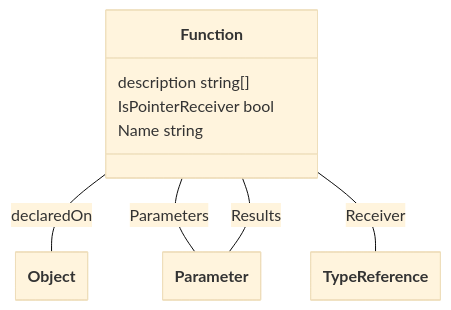
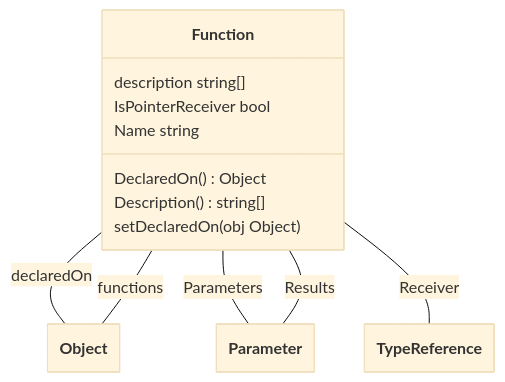
Before and after one commit to theunrepentantgeek/crddoc: the third of 17 diagrams in docs/model/model.md, drawn with Mermaid (base theme). The commit also changed other lines of this file and 8 other files, not shown here.

````diff
--- a/docs/model/model.md
+++ b/docs/model/model.md
@@ -102,28 +144,33 @@
 ```mermaid
 ---
   config:
     class:
       hideEmptyMembersBox: true
 ---
 classDiagram
 
 class Function["Function"]{  
       description string[]  
       IsPointerReceiver bool  
-      Name string
+      Name string  
+      DeclaredOn()Object  
+      Description()string[]  
+      setDeclaredOn(obj Object)
 
 
 } 
 
+Object -- Function : functions 
 
 Function -- Object : declaredOn 
 Function -- Parameter : Parameters 
 Function -- TypeReference : Receiver 
 Function -- Parameter : Results 
 
 class Object["Object"]
+class Object["Object"]
 class Parameter["Parameter"]
 class TypeReference["TypeReference"]
 class Parameter["Parameter"]
 
 ```
````
